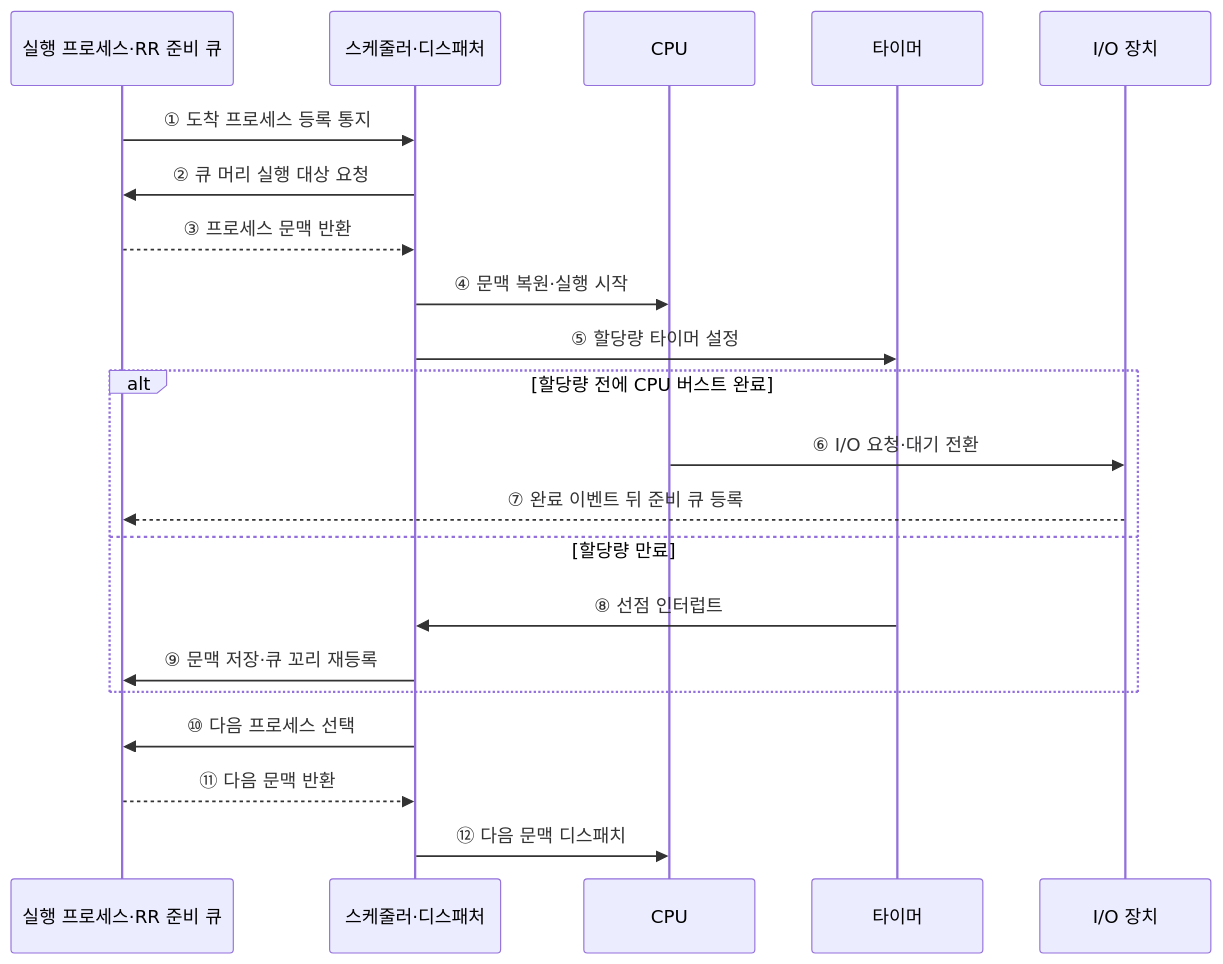
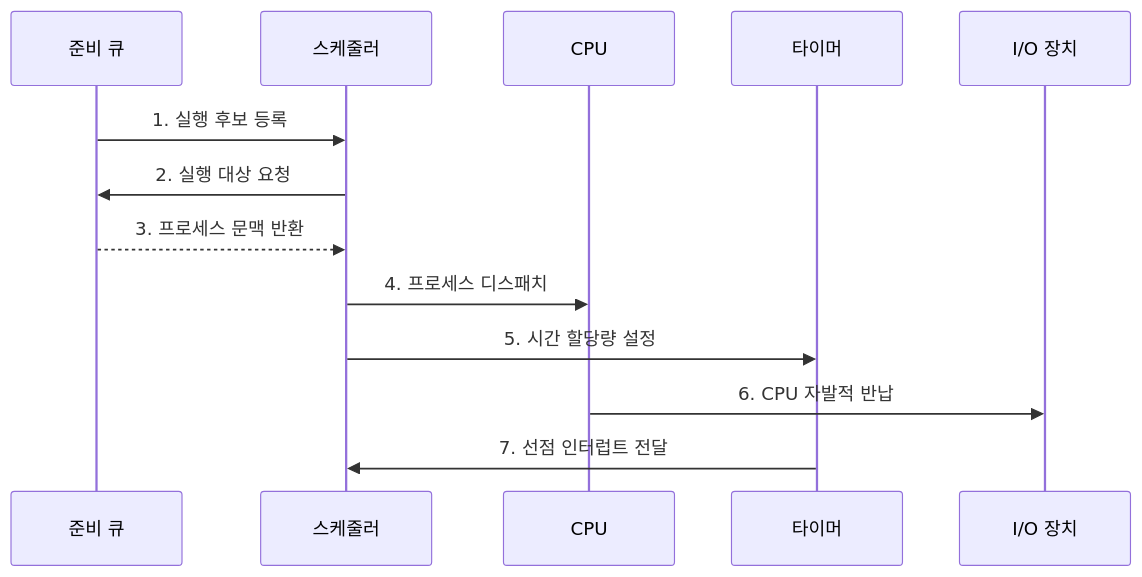
Before and after one commit to agnusdei1207/knowledge-base: the second of 2 diagrams in src/content/docs/notes/03-software/004_process_scheduling.md, drawn with Mermaid. The commit also changed other lines of this file and 20 other files, not shown here.

````diff
--- a/src/content/docs/notes/03-software/004_process_scheduling.md
+++ b/src/content/docs/notes/03-software/004_process_scheduling.md
@@ -94,24 +96,15 @@
 ```mermaid
 sequenceDiagram
-    participant Q as 실행 프로세스·RR 준비 큐
-    participant S as 스케줄러·디스패처
+    participant Q as 준비 큐
+    participant S as 스케줄러
     participant C as CPU
     participant T as 타이머
     participant I as I/O 장치
-
-    Q->>S: ① 도착 프로세스 등록 통지
-    S->>Q: ② 큐 머리 실행 대상 요청
-    Q-->>S: ③ 프로세스 문맥 반환
-    S->>C: ④ 문맥 복원·실행 시작
-    S->>T: ⑤ 할당량 타이머 설정
-    alt 할당량 전에 CPU 버스트 완료
-        C->>I: ⑥ I/O 요청·대기 전환
-        I-->>Q: ⑦ 완료 이벤트 뒤 준비 큐 등록
-    else 할당량 만료
-        T->>S: ⑧ 선점 인터럽트
-        S->>Q: ⑨ 문맥 저장·큐 꼬리 재등록
-    end
-    S->>Q: ⑩ 다음 프로세스 선택
-    Q-->>S: ⑪ 다음 문맥 반환
-    S->>C: ⑫ 다음 문맥 디스패치
+    Q->>S: 1. 실행 후보 등록
+    S->>Q: 2. 실행 대상 요청
+    Q-->>S: 3. 프로세스 문맥 반환
+    S->>C: 4. 프로세스 디스패치
+    S->>T: 5. 시간 할당량 설정
+    C->>I: 6. CPU 자발적 반납
+    T->>S: 7. 선점 인터럽트 전달
 ```
````
